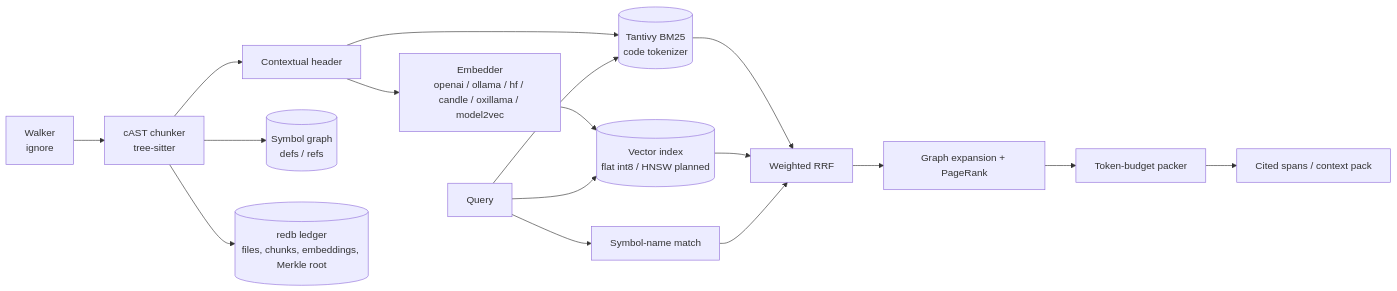
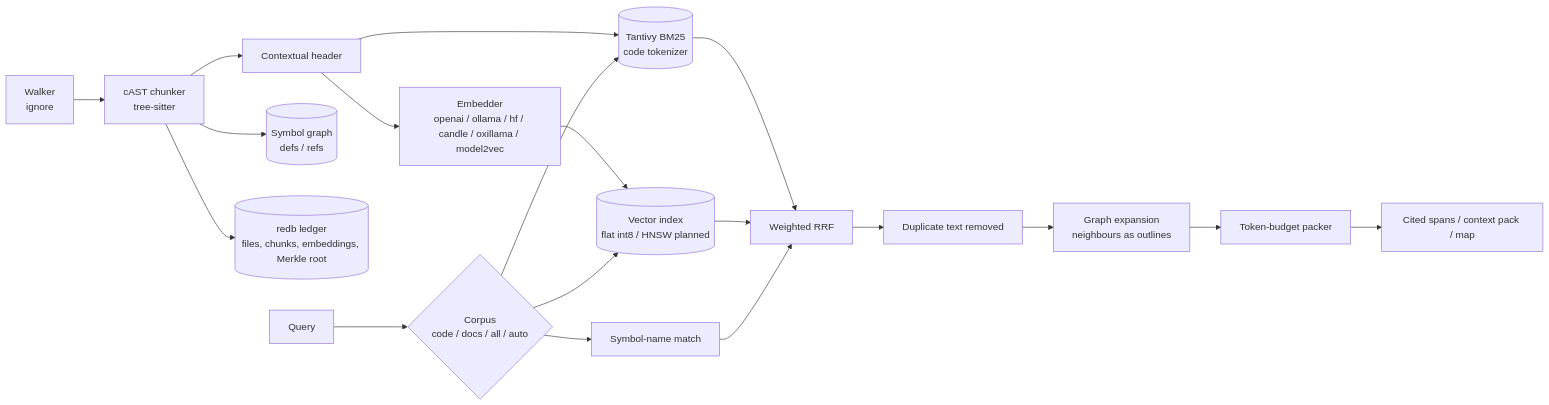
One commit to yasuomaidana/dendrite-rag-rs changed the diagram in docs/ARCHITECTURE.md. Above: the diagram before and after it, drawn with Mermaid. The commit also changed other lines of this file and 155 other files, not shown here.

````diff
--- a/docs/ARCHITECTURE.md
+++ b/docs/ARCHITECTURE.md
@@ -9,15 +17,17 @@
 ```mermaid
 flowchart LR
     W[Walker<br/>ignore] --> C[cAST chunker<br/>tree-sitter]
     C --> H[Contextual header]
     H --> L[(Tantivy BM25<br/>code tokenizer)]
     H --> E[Embedder<br/>openai / ollama / hf / candle / oxillama / model2vec]
     E --> V[(Vector index<br/>flat int8 / HNSW planned)]
     C --> G[(Symbol graph<br/>defs / refs)]
     C --> R[(redb ledger<br/>files, chunks, embeddings, Merkle root)]
-    Q[Query] --> L & V & S[Symbol-name match]
+    Q[Query] --> K{Corpus<br/>code / docs / all / auto}
+    K --> L & V & S[Symbol-name match]
     L & V & S --> F[Weighted RRF]
-    F --> X[Graph expansion + PageRank]
+    F --> D[Duplicate text removed]
+    D --> X[Graph expansion<br/>neighbours as outlines]
     X --> P[Token-budget packer]
-    P --> O[Cited spans / context pack]
+    P --> O[Cited spans / context pack / map]
 ```
````
